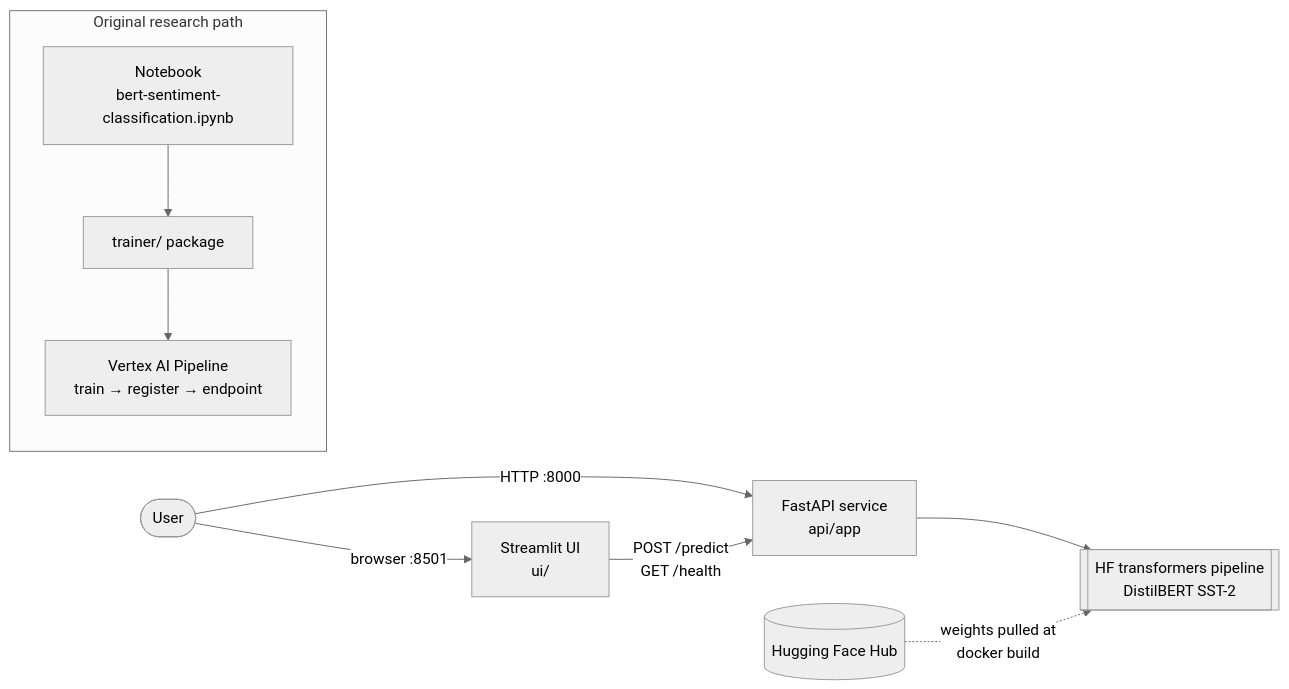
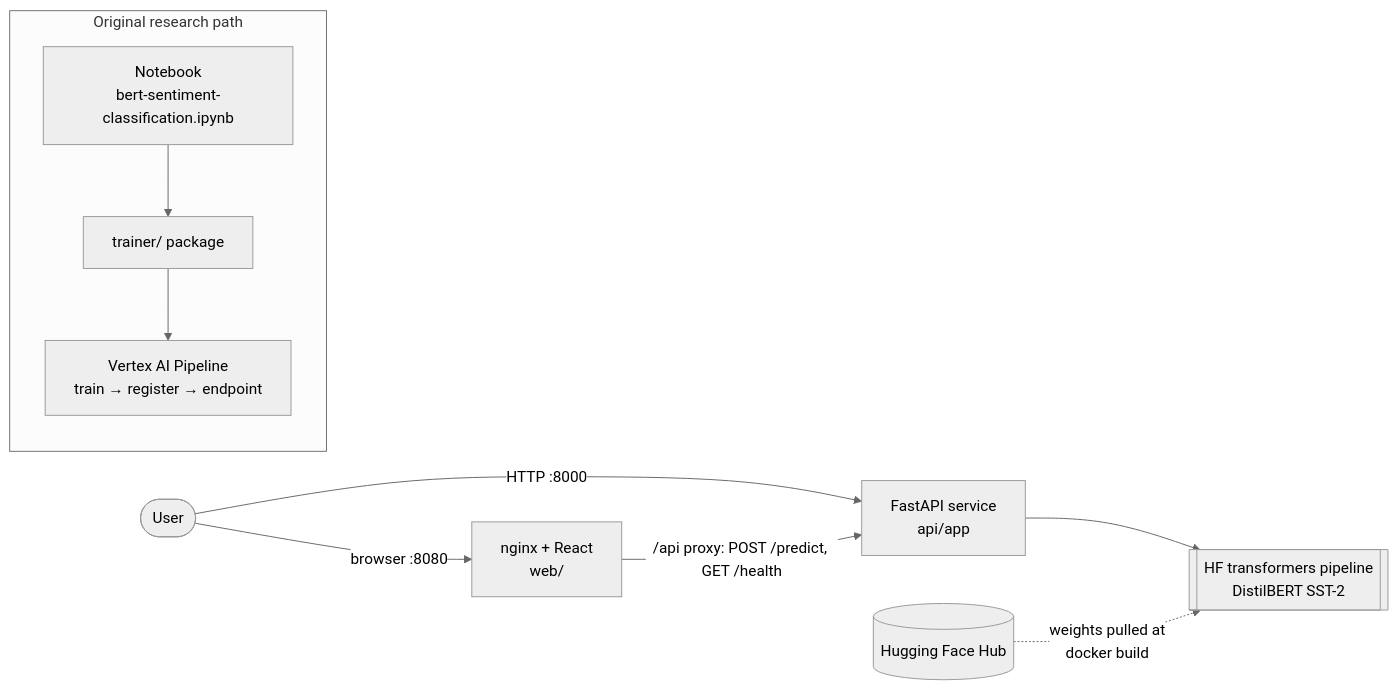
Before and after one commit to ovokpus/bert-sentiment-classifier: the diagram in README.md, drawn with Mermaid (neutral theme). The commit also changed other lines of this file and 22 other files, not shown here.

Commit message:
Replace Streamlit UI with React (Vite + TS) served by nginx

````diff
--- a/README.md
+++ b/README.md
@@ -55,11 +55,11 @@
 ```mermaid
 flowchart LR
-    user([User]) -->|browser :8501| ui[Streamlit UI<br/>ui/]
+    user([User]) -->|browser :8080| web[nginx + React<br/>web/]
     user -->|HTTP :8000| api
-    ui -->|POST /predict<br/>GET /health| api[FastAPI service<br/>api/app]
+    web -->|/api proxy: POST /predict, GET /health| api[FastAPI service<br/>api/app]
     api --> model[[HF transformers pipeline<br/>DistilBERT SST-2]]
     hub[(Hugging Face Hub)] -. weights pulled at<br/>docker build .-> model
     subgraph Original research path
       nb[Notebook<br/>bert-sentiment-classification.ipynb] --> trainer[trainer/ package] --> vertex[Vertex AI Pipeline<br/>train → register → endpoint]
     end
 ```
````
